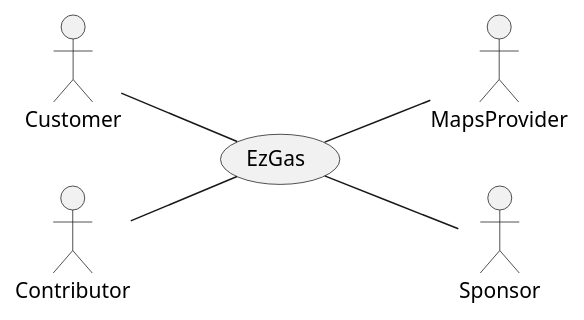
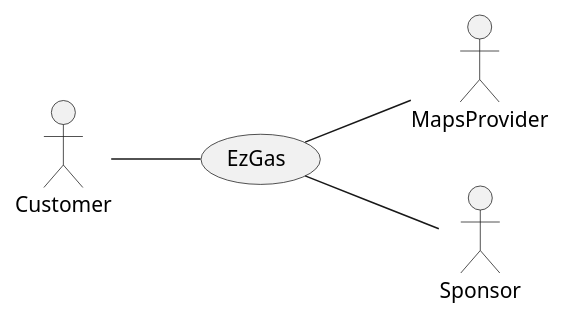
The first of 3 diagrams in REQ_s269358.md (SoftengPoliTo/Lab2), drawn with PlantUML before and after one commit. The commit also changed other lines of this file, not shown here.

Commit message:
Deleted contributor

````diff
--- a/REQ_s269358.md
+++ b/REQ_s269358.md
@@ -39,7 +38,6 @@
 ```plantuml
 left to right direction
 Customer -- (EzGas)
-Contributor -- (EzGas)
 (EzGas) -- MapsProvider
 (EzGas) -- Sponsor
 ```
````
